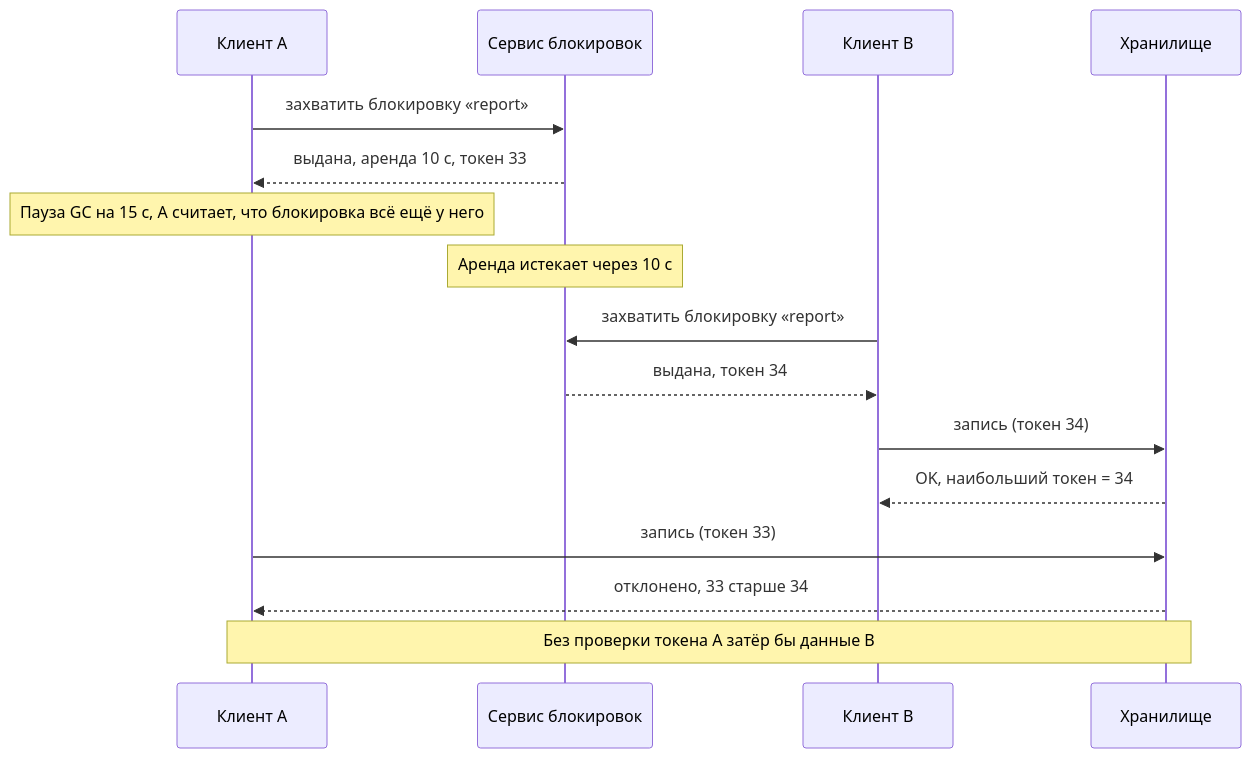
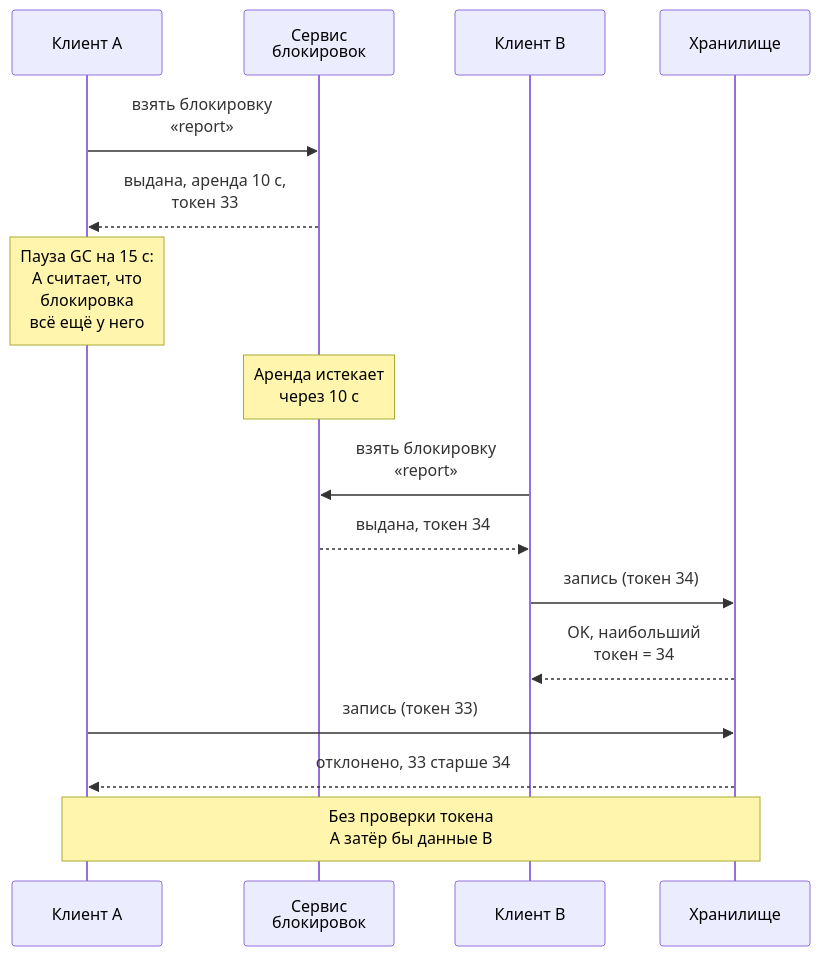
The second of 2 diagrams in src/content/docs/ru/fundamentals/consensus-and-coordination.mdx (butyavk/system-design), drawn with Mermaid before and after one commit. The commit also changed other lines of this file and 144 other files, not shown here.

````diff
--- a/src/content/docs/ru/fundamentals/consensus-and-coordination.mdx
+++ b/src/content/docs/ru/fundamentals/consensus-and-coordination.mdx
@@ -126,18 +127,18 @@
 ```mermaid
 sequenceDiagram
   participant A as Клиент A
-  participant LS as Сервис блокировок
+  participant LS as Сервис<br/>блокировок
   participant B as Клиент B
   participant S as Хранилище
-  A->>LS: захватить блокировку «report»
-  LS-->>A: выдана, аренда 10 с, токен 33
-  Note over A: Пауза GC на 15 с, A считает, что блокировка всё ещё у него
-  Note over LS: Аренда истекает через 10 с
-  B->>LS: захватить блокировку «report»
+  A->>LS: взять блокировку<br/>«report»
+  LS-->>A: выдана, аренда 10 с,<br/>токен 33
+  Note over A: Пауза GC на 15 с:<br/>A считает, что<br/>блокировка<br/>всё ещё у него
+  Note over LS: Аренда истекает<br/>через 10 с
+  B->>LS: взять блокировку<br/>«report»
   LS-->>B: выдана, токен 34
   B->>S: запись (токен 34)
-  S-->>B: OK, наибольший токен = 34
+  S-->>B: OK, наибольший<br/>токен = 34
   A->>S: запись (токен 33)
   S-->>A: отклонено, 33 старше 34
-  Note over A,S: Без проверки токена A затёр бы данные B
+  Note over A,S: Без проверки токена<br/>A затёр бы данные B
 ```
````
